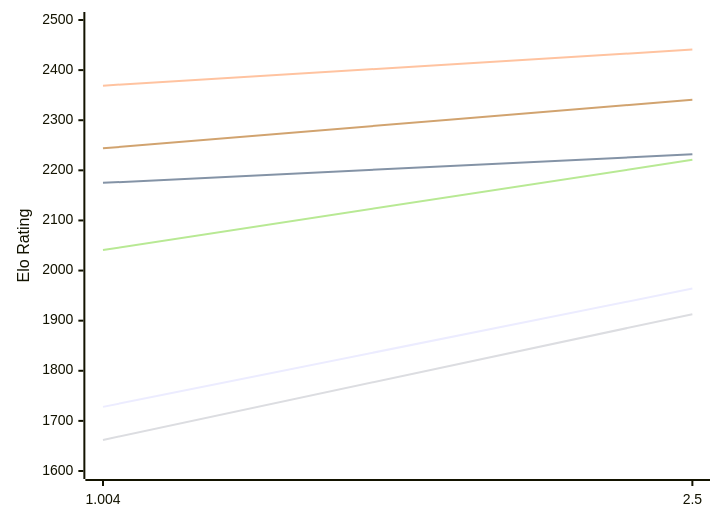
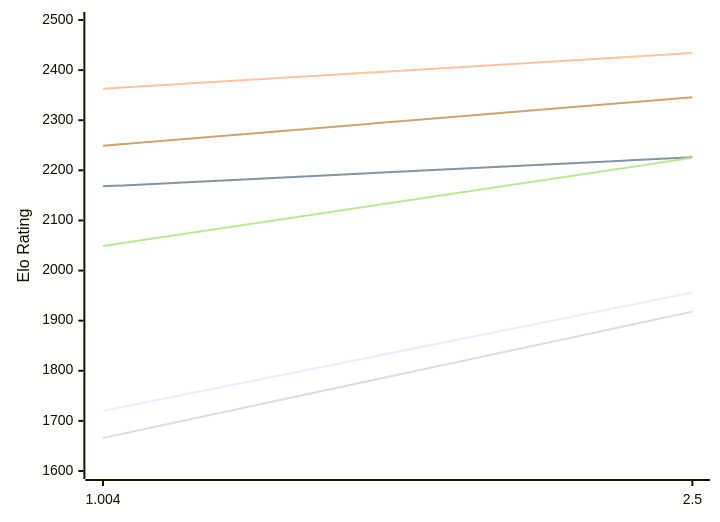
The first of 2 diagrams in engines/Ares.md (computer-chess-index/cci), drawn with Mermaid before and after one commit. The commit also changed other lines of this file, not shown here.

Commit message:
Update CCI Ratings (ELO VLTC) - 2026-11-18

````diff
--- a/engines/Ares.md
+++ b/engines/Ares.md
@@ -50,12 +50,12 @@
 ```mermaid
 %%{init: {"theme":"base","themeVariables":{"seriesColors:['#a3a3a3','#222221','#faa371']}}}%%
 xychart-beta
   x-axis ["1.004", "2.5"]
   y-axis "Elo Rating" 1600 --> 2500
-  line "E1: STC (8.0+0.08s)" [1728, 1964]
-  line "E1: LTC (60.0+0.60s)" [2175, 2232]
-  line "E1: VLTC (2m24s+1.12s)" [2369, 2441]
-  line "P1: STC (8.0+0.08s)" [1662, 1913]
-  line "P1: LTC (60.0+0.60s)" [2041, 2221]
-  line "P1: VLTC (2m24s+1.12s)" [2244, 2341]
+  line "E1: STC (8.0+0.08s)" [1720, 1956]
+  line "E1: LTC (60.0+0.60s)" [2168, 2226]
+  line "E1: VLTC (2m24s+1.12s)" [2363, 2434]
+  line "P1: STC (8.0+0.08s)" [1666, 1918]
+  line "P1: LTC (60.0+0.60s)" [2049, 2225]
+  line "P1: VLTC (2m24s+1.12s)" [2249, 2346]
 ```
````
